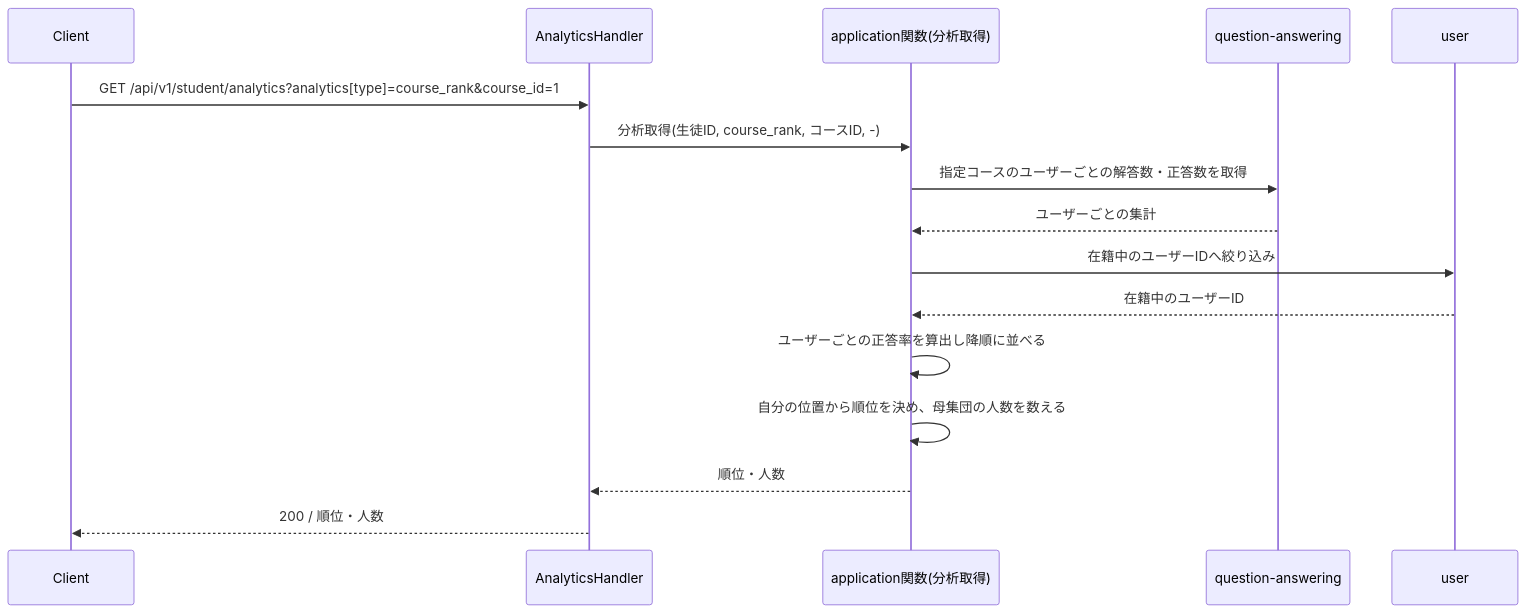
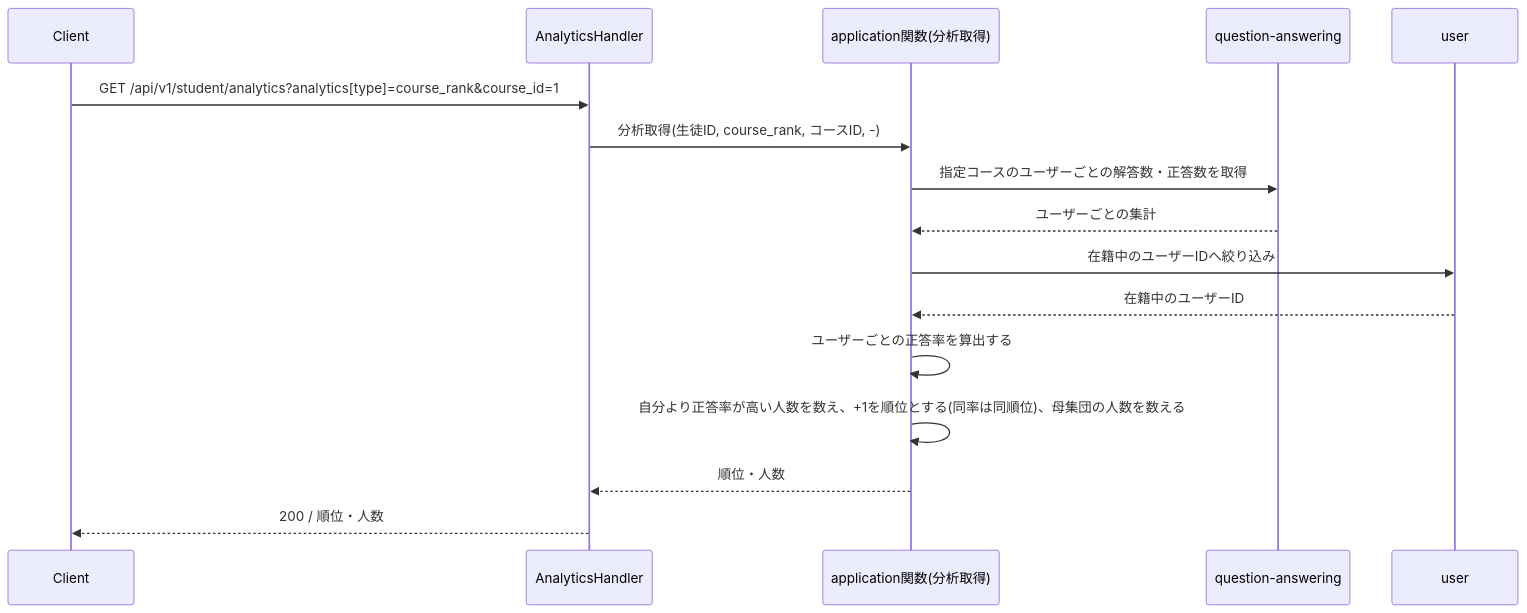
Before and after one commit to yuta20253/edu-platform-go-design: the second of 7 diagrams in 計画書/GO移行・設計仕様書/分析機能_Go移行・設計仕様書.md, drawn with Mermaid. The commit also changed other lines of this file and 9 other files, not shown here.

````diff
--- a/計画書/GO移行・設計仕様書/分析機能_Go移行・設計仕様書.md
+++ b/計画書/GO移行・設計仕様書/分析機能_Go移行・設計仕様書.md
@@ -349,19 +349,19 @@
 ```mermaid
 sequenceDiagram
     participant C as Client
     participant H as AnalyticsHandler
     participant A as application関数(分析取得)
     participant QA as question-answering
     participant U as user
 
     C->>H: GET /api/v1/student/analytics?analytics[type]=course_rank&course_id=1
     H->>A: 分析取得(生徒ID, course_rank, コースID, -)
     A->>QA: 指定コースのユーザーごとの解答数・正答数を取得
     QA-->>A: ユーザーごとの集計
     A->>U: 在籍中のユーザーIDへ絞り込み
     U-->>A: 在籍中のユーザーID
-    A->>A: ユーザーごとの正答率を算出し降順に並べる
-    A->>A: 自分の位置から順位を決め、母集団の人数を数える
+    A->>A: ユーザーごとの正答率を算出する
+    A->>A: 自分より正答率が高い人数を数え、+1を順位とする(同率は同順位)、母集団の人数を数える
     A-->>H: 順位・人数
     H-->>C: 200 / 順位・人数
 ```
````
